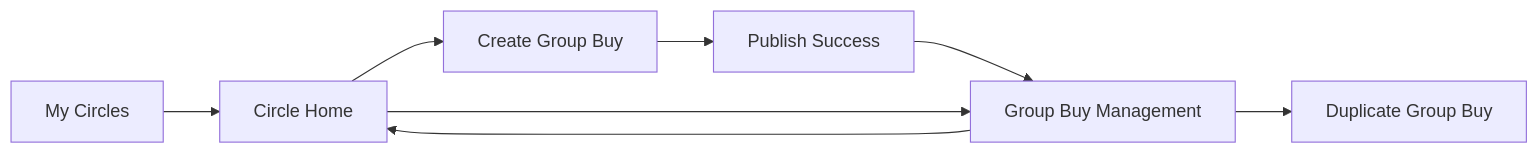
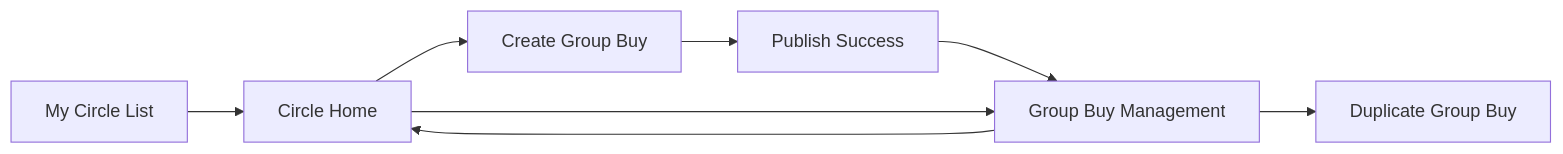
The second of 3 diagrams in docs/wireframes-mvp.md (appsoft1969/circles), drawn with Mermaid before and after one commit. The commit also changed other lines of this file and 36 other files, not shown here.

````diff
--- a/docs/wireframes-mvp.md
+++ b/docs/wireframes-mvp.md
@@ -486,10 +486,10 @@
 ```mermaid
 flowchart LR
-  A["My Circles"] --> B["Circle Home"]
+  A["My Circle List"] --> B["Circle Home"]
   B --> C["Create Group Buy"]
   C --> D["Publish Success"]
   D --> E["Group Buy Management"]
   B --> E
   E --> B
   E --> C2["Duplicate Group Buy"]
 ```
````
